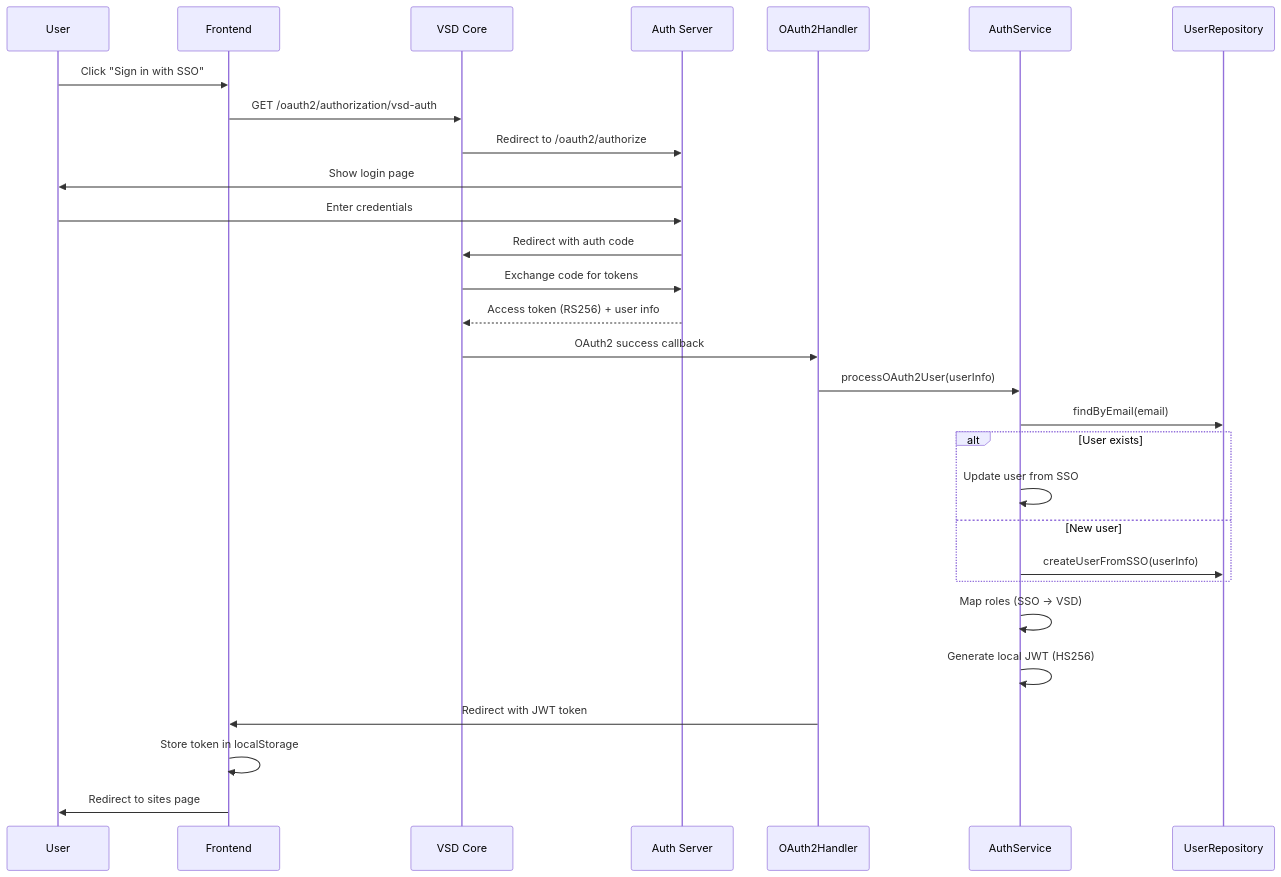
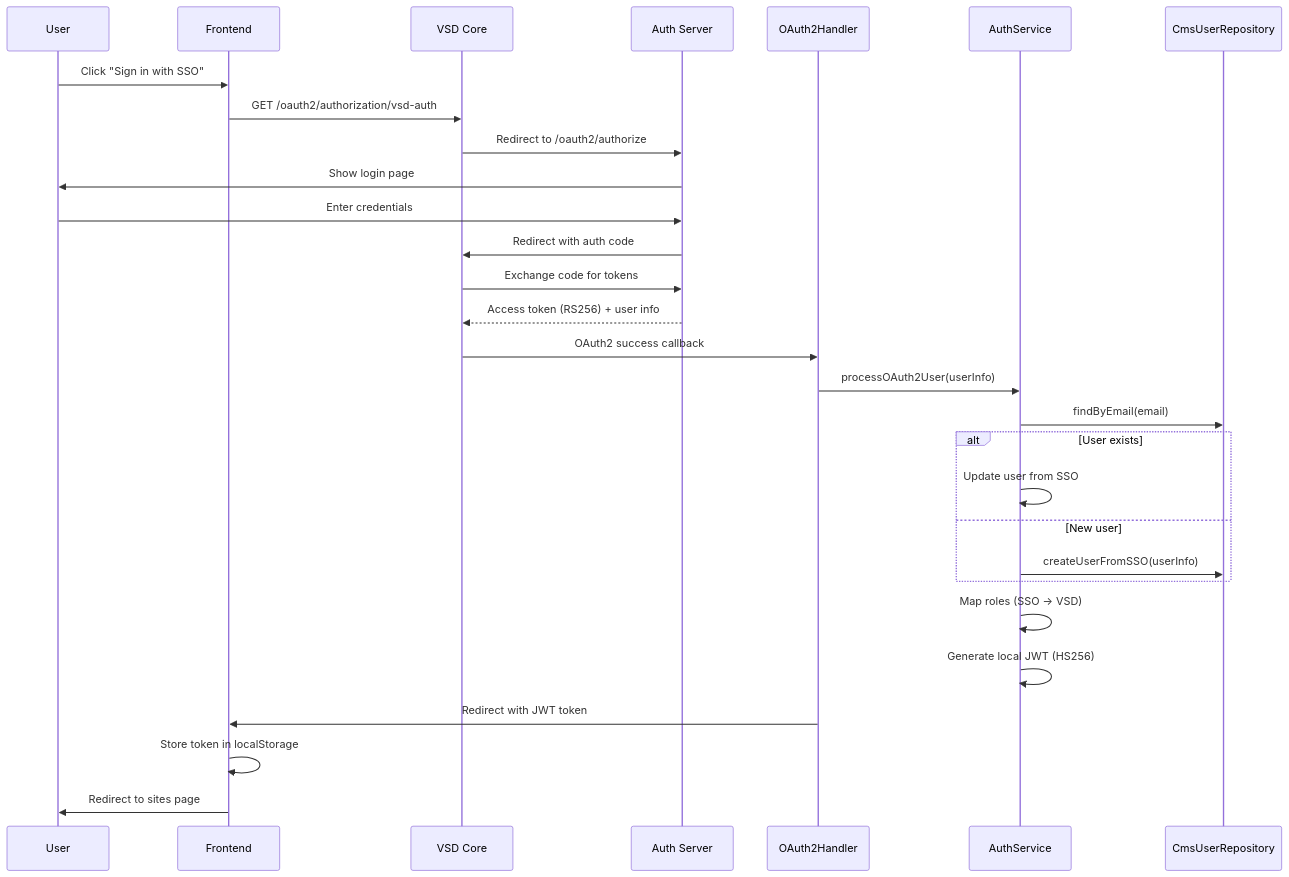
Diagram 14 of 18 in docs/architecture/arc42/05-building-block-view.md (Visual-Site-Designer-VSD/visual-site-designer), drawn with Mermaid before and after one commit. The commit also changed other lines of this file and 15 other files, not shown here.

````diff
--- a/docs/architecture/arc42/05-building-block-view.md
+++ b/docs/architecture/arc42/05-building-block-view.md
@@ -944,32 +949,32 @@
 ```mermaid
 sequenceDiagram
     participant User
     participant FE as Frontend
     participant Core as VSD Core
     participant Auth as Auth Server
     participant OAuth2 as OAuth2Handler
     participant AS as AuthService
-    participant UR as UserRepository
+    participant UR as CmsUserRepository
 
     User->>FE: Click "Sign in with SSO"
     FE->>Core: GET /oauth2/authorization/vsd-auth
     Core->>Auth: Redirect to /oauth2/authorize
     Auth->>User: Show login page
     User->>Auth: Enter credentials
     Auth->>Core: Redirect with auth code
     Core->>Auth: Exchange code for tokens
     Auth-->>Core: Access token (RS256) + user info
     Core->>OAuth2: OAuth2 success callback
     OAuth2->>AS: processOAuth2User(userInfo)
     AS->>UR: findByEmail(email)
     alt User exists
         AS->>AS: Update user from SSO
     else New user
         AS->>UR: createUserFromSSO(userInfo)
     end
     AS->>AS: Map roles (SSO → VSD)
     AS->>AS: Generate local JWT (HS256)
     OAuth2->>FE: Redirect with JWT token
     FE->>FE: Store token in localStorage
     FE->>User: Redirect to sites page
 ```
````
